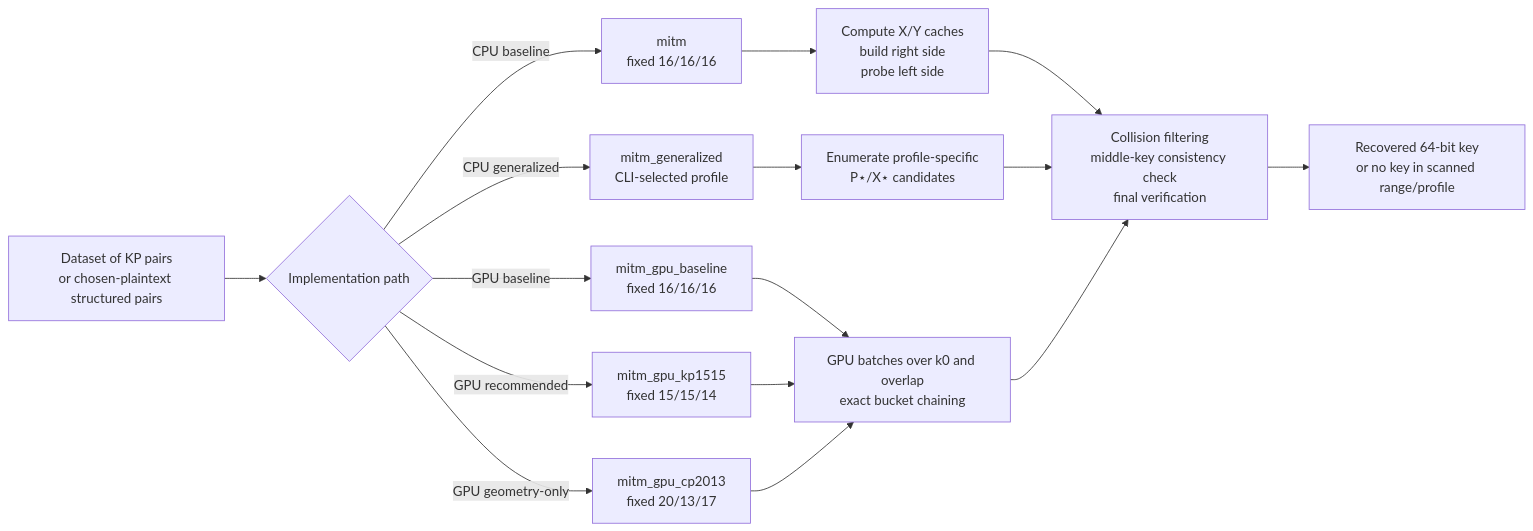
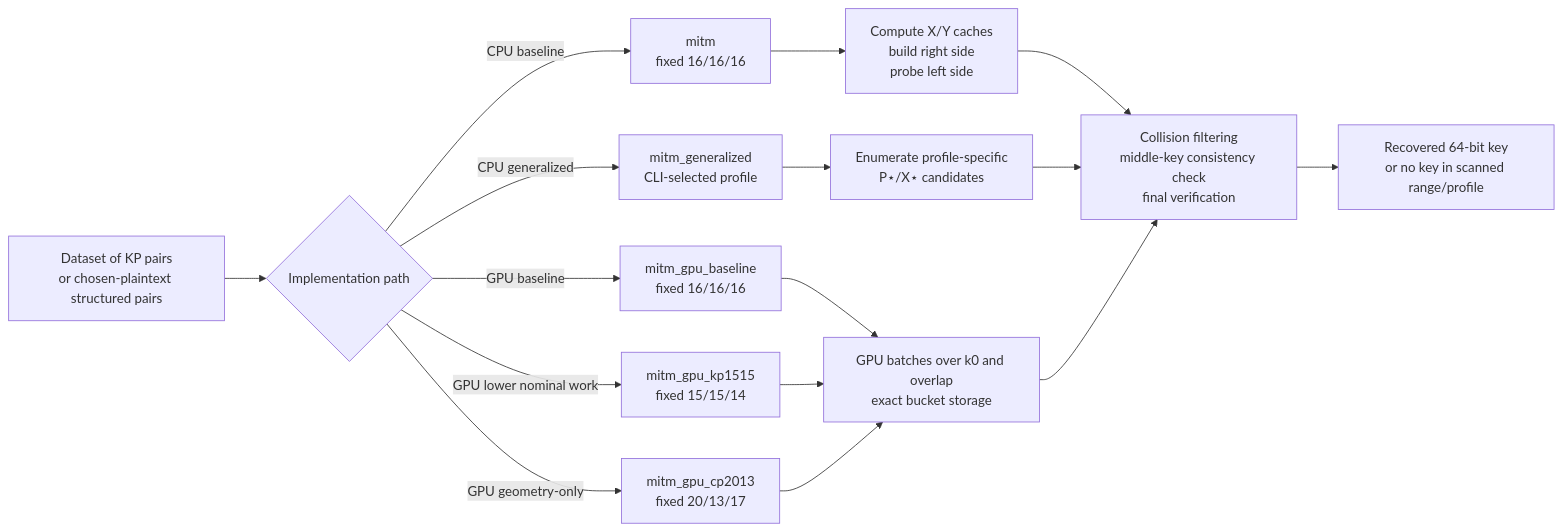
The third of 4 diagrams in attacks/mitm/README.md (hadipourh/KeeLoq), drawn with Mermaid before and after one commit. The commit also changed other lines of this file and 6 other files, not shown here.

````diff
--- a/attacks/mitm/README.md
+++ b/attacks/mitm/README.md
@@ -559,18 +547,18 @@
 ```mermaid
 flowchart LR
     A["Dataset of KP pairs<br/>or chosen-plaintext structured pairs"] --> B{"Implementation path"}
     B -->|CPU baseline| C1["mitm<br/>fixed 16/16/16"]
     B -->|CPU generalized| C2["mitm_generalized<br/>CLI-selected profile"]
     B -->|GPU baseline| C3["mitm_gpu_baseline<br/>fixed 16/16/16"]
-    B -->|GPU recommended| C4["mitm_gpu_kp1515<br/>fixed 15/15/14"]
+    B -->|GPU lower nominal work| C4["mitm_gpu_kp1515<br/>fixed 15/15/14"]
     B -->|GPU geometry-only| C5["mitm_gpu_cp2013<br/>fixed 20/13/17"]
     C1 --> D1["Compute X/Y caches<br/>build right side<br/>probe left side"]
     C2 --> D2["Enumerate profile-specific<br/>P⋆/X⋆ candidates"]
-    C3 --> D3["GPU batches over k0 and overlap<br/>exact bucket chaining"]
+    C3 --> D3["GPU batches over k0 and overlap<br/>exact bucket storage"]
     C4 --> D3
     C5 --> D3
     D1 --> E["Collision filtering<br/>middle-key consistency check<br/>final verification"]
     D2 --> E
     D3 --> E
     E --> F["Recovered 64-bit key<br/>or no key in scanned range/profile"]
 ```
````
